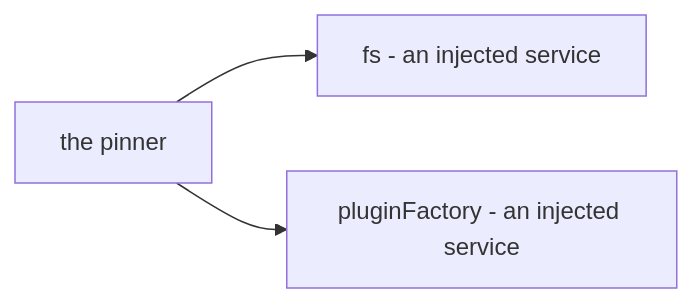
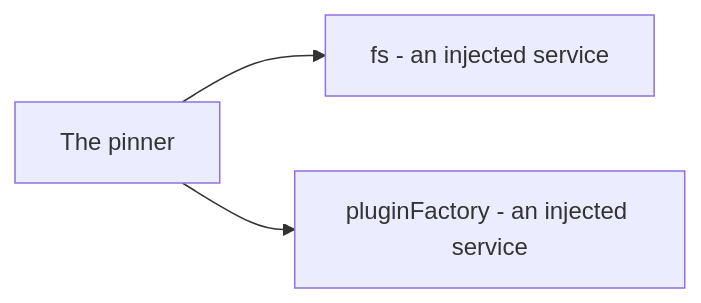
One commit to PlayForm/Site-DeepSeek changed the diagram in Source/Content/Mermaid/injected-services.mmd. Above: the diagram before and after it, drawn with Mermaid. The commit also changed 141 other files, not shown here.

```diff
--- a/Source/Content/Mermaid/injected-services.mmd
+++ b/Source/Content/Mermaid/injected-services.mmd
@@ -1,3 +1,3 @@
 flowchart LR
-	PINNER["the pinner"] --> FS["fs - an injected service"]
+	PINNER["The pinner"] --> FS["fs - an injected service"]
 	PINNER --> PF["pluginFactory - an injected service"]
```
